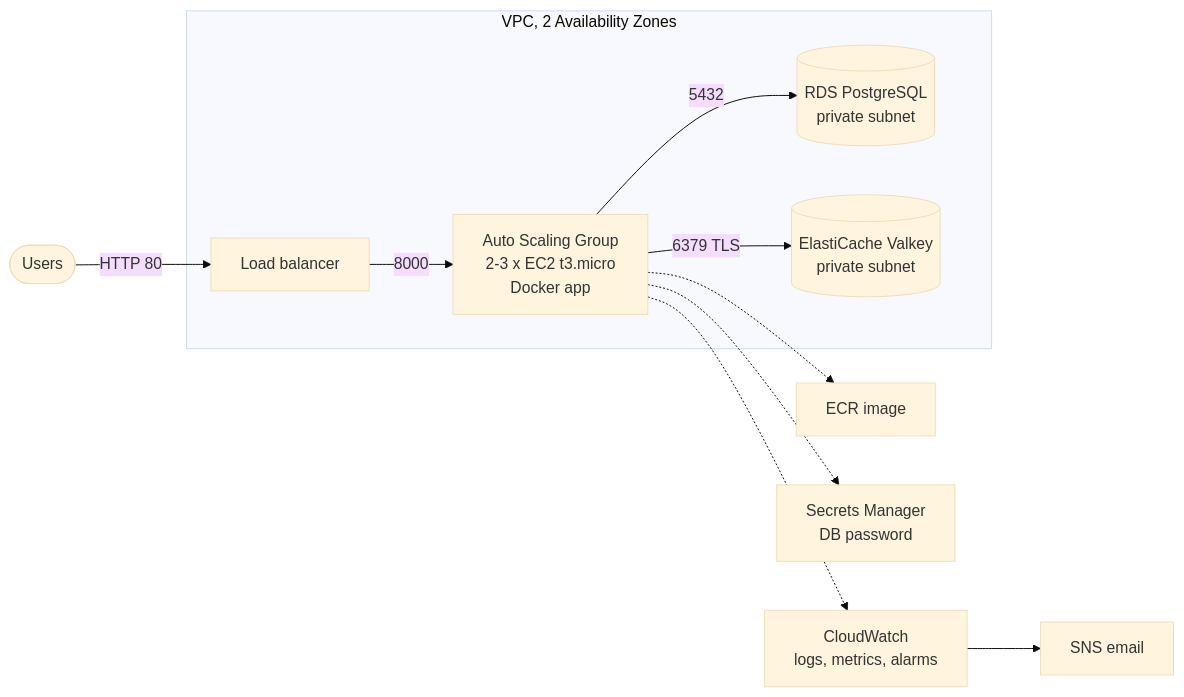
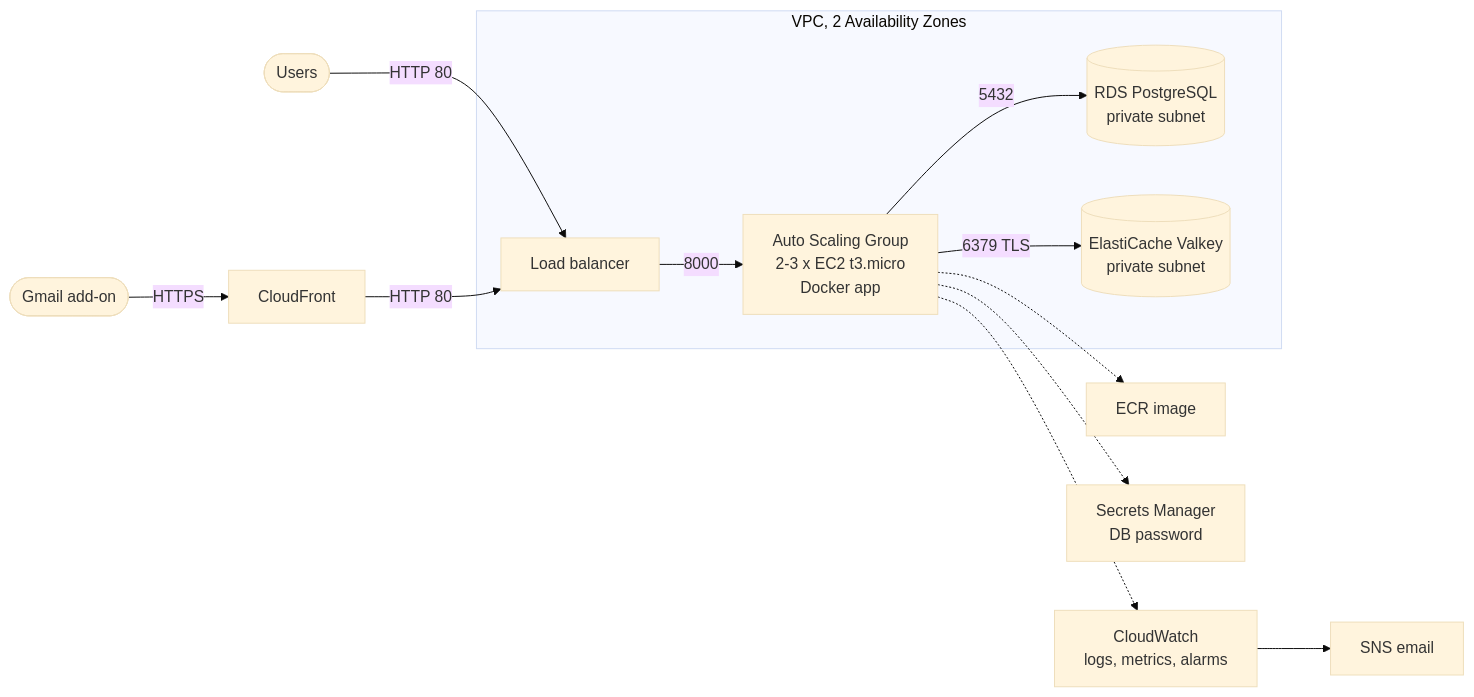
One commit to Taldo137/phishing-detector changed the diagram in README.md. Above: the diagram before and after it, drawn with Mermaid (base theme). The commit also changed other lines of this file and 5 other files, not shown here.

Commit message:
Gmail add-on with HTTPS through CloudFront

````diff
--- a/README.md
+++ b/README.md
@@ -96,12 +96,13 @@
 ```mermaid
 flowchart LR
     user([Users]) -->|HTTP 80| alb[Load balancer]
+    addon([Gmail add-on]) -->|HTTPS| cf[CloudFront] -->|HTTP 80| alb
     subgraph vpc["VPC, 2 Availability Zones"]
         alb -->|8000| ec2["Auto Scaling Group<br/>2-3 x EC2 t3.micro<br/>Docker app"]
         ec2 -->|5432| rds[("RDS PostgreSQL<br/>private subnet")]
         ec2 -->|6379 TLS| cache[("ElastiCache Valkey<br/>private subnet")]
     end
     ec2 -.-> ecr[ECR image]
     ec2 -.-> sm[Secrets Manager<br/>DB password]
     ec2 -.-> cw[CloudWatch<br/>logs, metrics, alarms] --> sns[SNS email]
 ```
````
